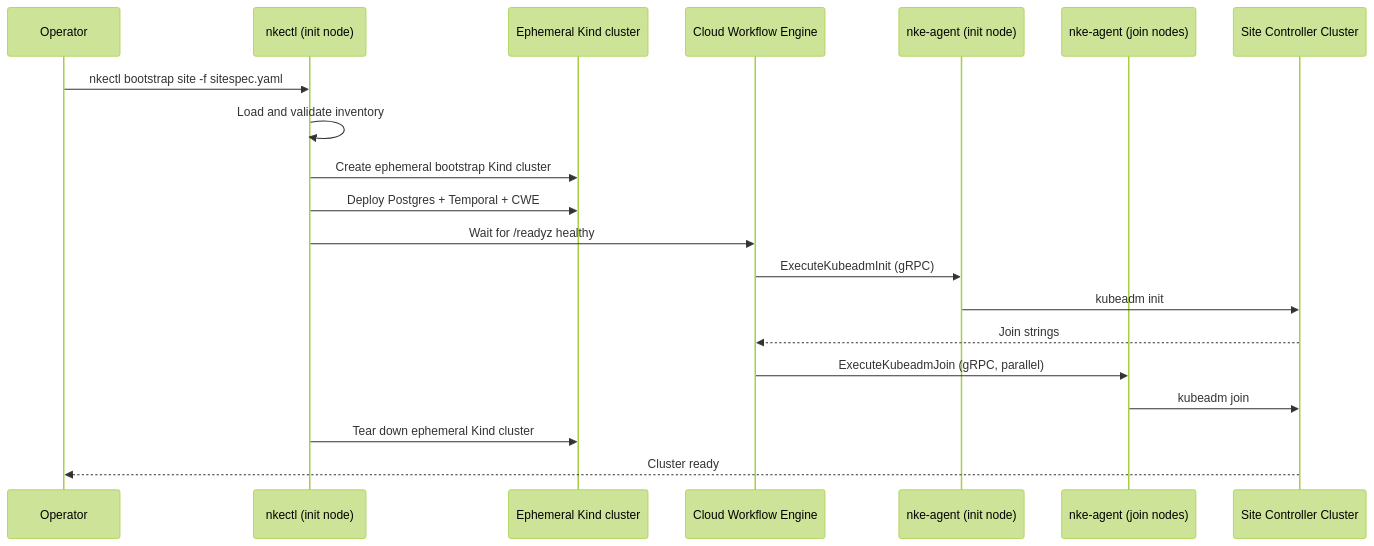
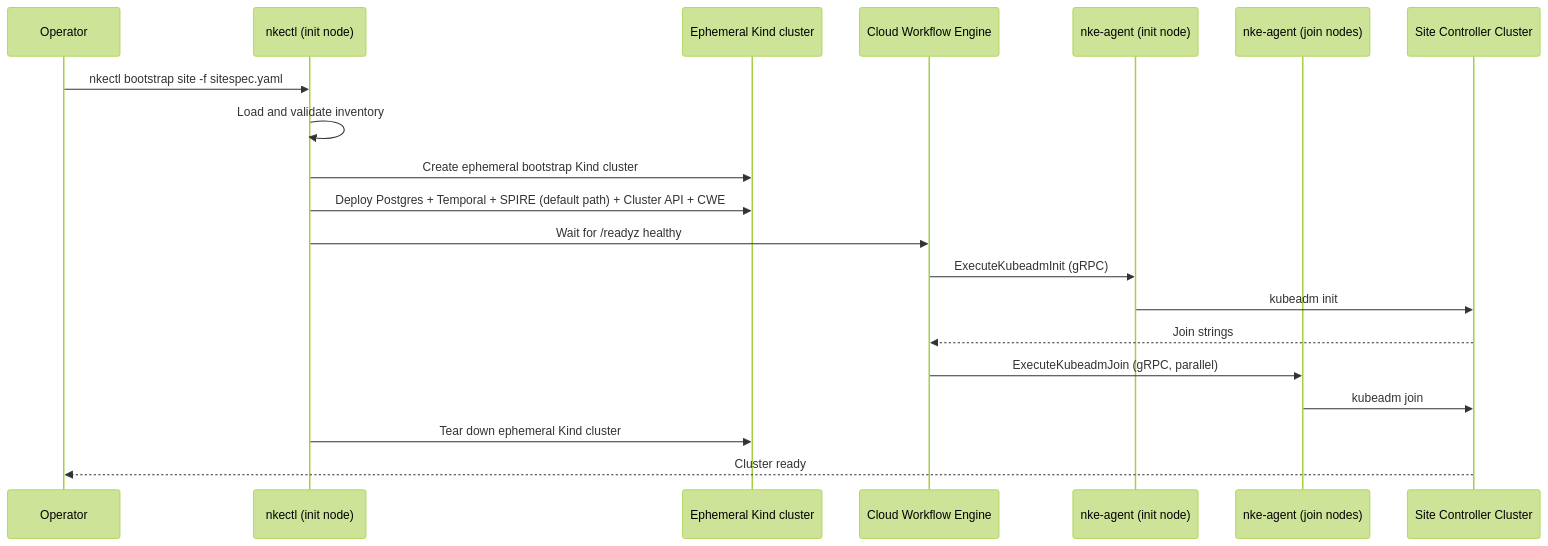
The diagram in docs/site-bootstrap/overview.md (FrankSpitulski/nvke), drawn with Mermaid (forest theme) before and after one commit. The commit also changed other lines of this file and 7 other files, not shown here.

````diff
--- a/docs/site-bootstrap/overview.md
+++ b/docs/site-bootstrap/overview.md
@@ -21,23 +21,23 @@
 ```mermaid
 sequenceDiagram
     participant Op as Operator
     participant Ctl as nkectl (init node)
     participant Kind as Ephemeral Kind cluster
     participant CWE as Cloud Workflow Engine
     participant Init as nke-agent (init node)
     participant Join as nke-agent (join nodes)
     participant K8s as Site Controller Cluster
 
     Op->>Ctl: nkectl bootstrap site -f sitespec.yaml
     Ctl->>Ctl: Load and validate inventory
     Ctl->>Kind: Create ephemeral bootstrap Kind cluster
-    Ctl->>Kind: Deploy Postgres + Temporal + CWE
+    Ctl->>Kind: Deploy Postgres + Temporal + SPIRE (default path) + Cluster API + CWE
     Ctl->>CWE: Wait for /readyz healthy
     CWE->>Init: ExecuteKubeadmInit (gRPC)
     Init->>K8s: kubeadm init
     K8s-->>CWE: Join strings
     CWE->>Join: ExecuteKubeadmJoin (gRPC, parallel)
     Join->>K8s: kubeadm join
     Ctl->>Kind: Tear down ephemeral Kind cluster
     K8s-->>Op: Cluster ready
 ```
````
